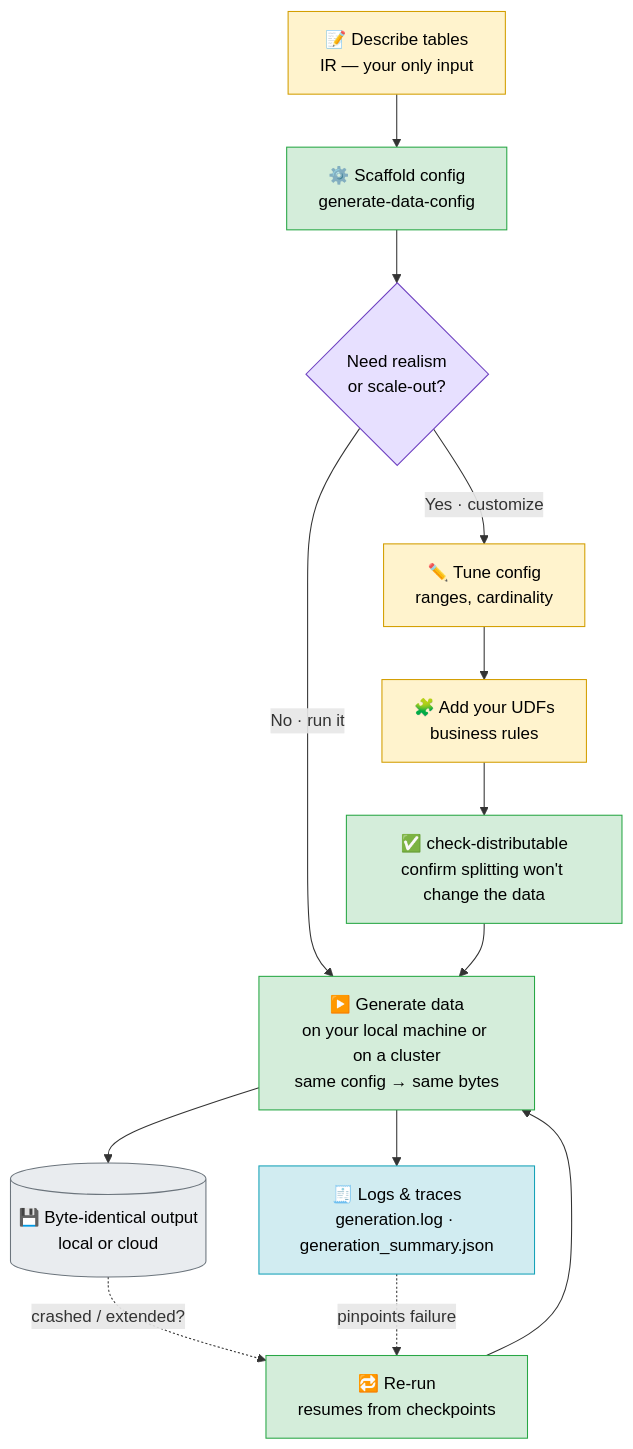
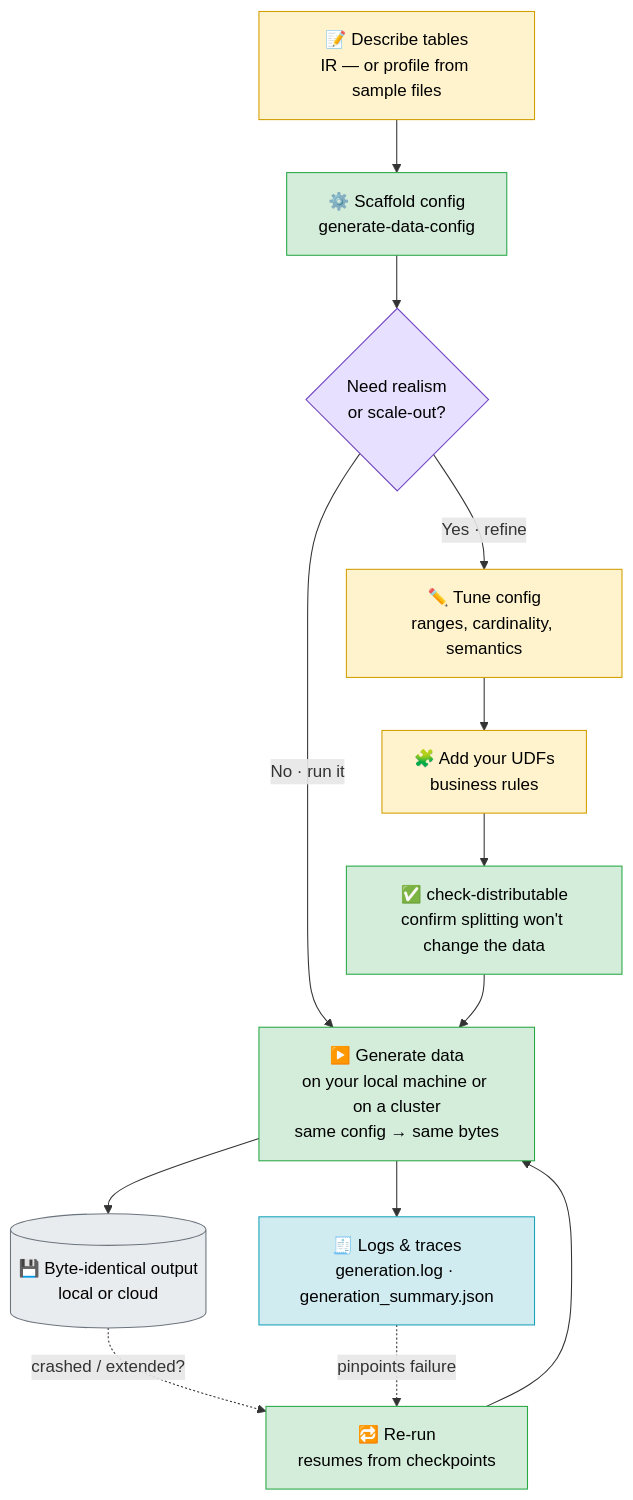
One commit to AlexandreChin/datagenic changed the diagram in README.md. Above: the diagram before and after it, drawn with Mermaid. The commit also changed other lines of this file and 23 other files, not shown here.

````diff
--- a/README.md
+++ b/README.md
@@ -42,24 +99,24 @@
 ```mermaid
 flowchart TD
-    A["📝 Describe tables<br/>IR — your only input"]:::cfg --> B["⚙️ Scaffold config<br/>generate-data-config"]:::run
+    A["📝 Describe tables<br/>IR — or profile from sample files"]:::cfg --> B["⚙️ Scaffold config<br/>generate-data-config"]:::run
     B --> C{"Need realism<br/>or scale-out?"}:::dec
 
     C -- "No · run it" --> G
-    C -- "Yes · customize" --> D["✏️ Tune config<br/>ranges, cardinality"]:::cfg
+    C -- "Yes · refine" --> D["✏️ Tune config<br/>ranges, cardinality, semantics"]:::cfg
     D --> E["🧩 Add your UDFs<br/>business rules"]:::cfg
     E --> F["✅ check-distributable<br/>confirm splitting won't change the data"]:::run
     F --> G
 
     G["▶️ Generate data<br/>on your local machine or on a cluster<br/>same config → same bytes"]:::run
     G --> H[("💾 Byte-identical output<br/>local or cloud")]:::out
     G --> T["🧾 Logs &amp; traces<br/>generation.log · generation_summary.json"]:::trace
     H -. "crashed / extended?" .-> I["🔁 Re-run<br/>resumes from checkpoints"]:::run
     T -. "pinpoints failure" .-> I
     I --> G
 
     classDef cfg fill:#fff3cd,stroke:#d39e00,color:#000;
     classDef run fill:#d4edda,stroke:#28a745,color:#000;
     classDef dec fill:#e7e0ff,stroke:#6f42c1,color:#000;
     classDef out fill:#e9ecef,stroke:#6c757d,color:#000;
     classDef trace fill:#d1ecf1,stroke:#17a2b8,color:#000;
 ```
````
